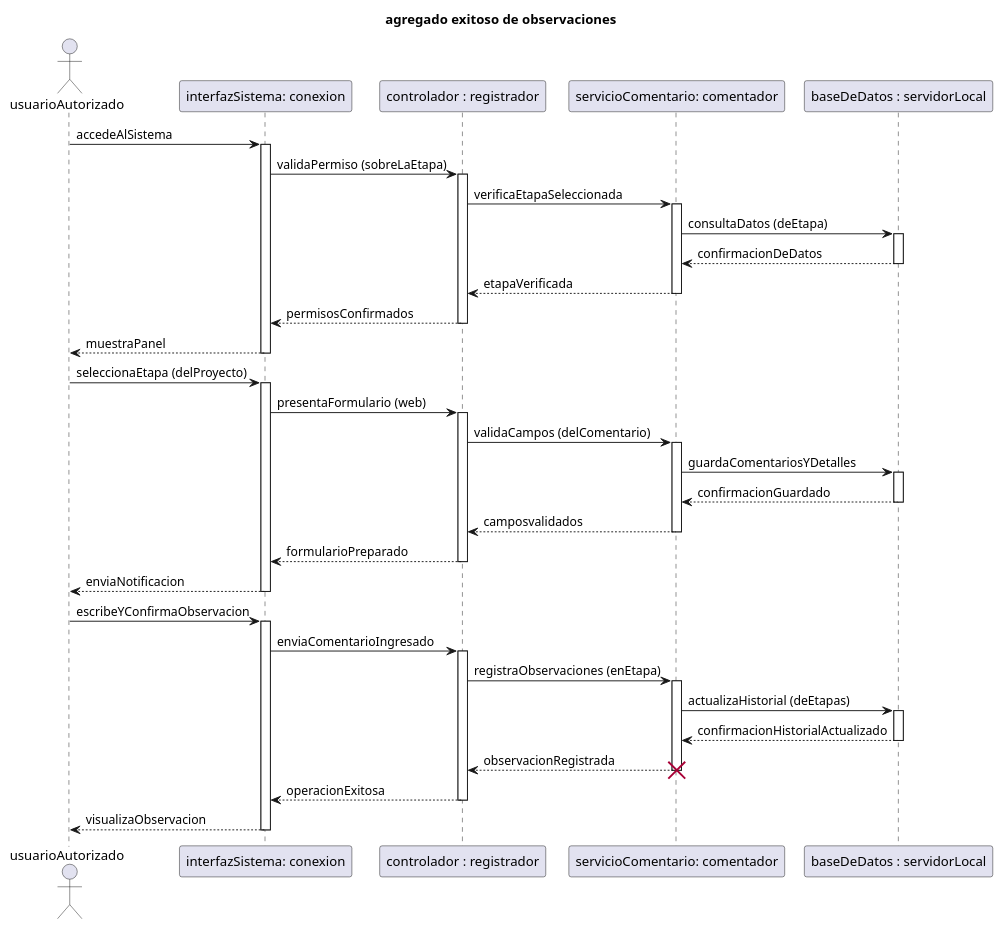
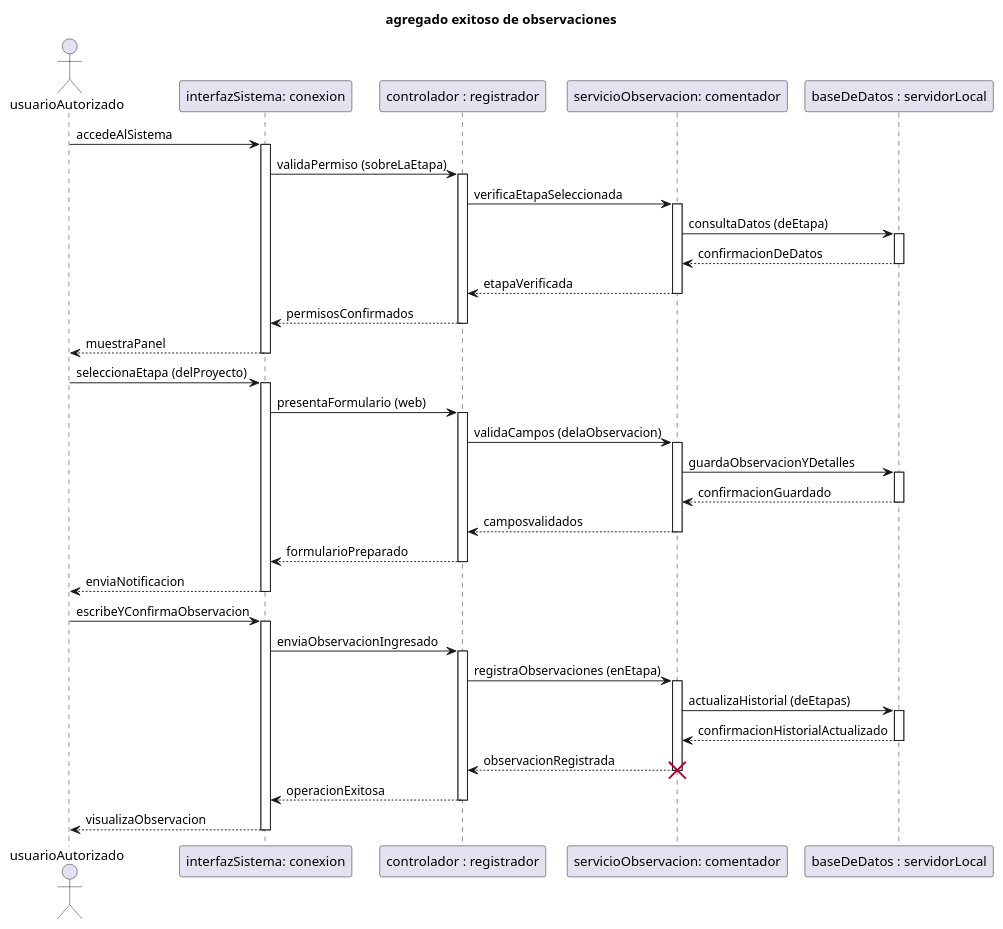
Before and after one commit to 9919-Mili/SistemaProductoraVideos: the diagram in diagramas/05-diagramas-secuencia/05-secuencia-agregar-observaciones-agregado-exitoso-de-observaciones-03.puml, drawn with PlantUML. The commit also changed 22 other files, not shown here.

```diff
--- a/diagramas/05-diagramas-secuencia/05-secuencia-agregar-observaciones-agregado-exitoso-de-observaciones-03.puml
+++ b/diagramas/05-diagramas-secuencia/05-secuencia-agregar-observaciones-agregado-exitoso-de-observaciones-03.puml
@@ -1,63 +1,63 @@
 @startuml 
 title agregado exitoso de observaciones 
 
 actor usuarioAutorizado
 participant "interfazSistema: conexion" as interfazSistema
 participant "controlador : registrador" as controlador
-participant "servicioComentario: comentador" as servicioComentario
+participant "servicioObservacion: comentador" as servicioObservacion
 participant "baseDeDatos : servidorLocal" as baseDeDatos
 
 usuarioAutorizado -> interfazSistema: accedeAlSistema
 activate interfazSistema
 interfazSistema -> controlador: validaPermiso (sobreLaEtapa)
 activate controlador
-controlador -> servicioComentario: verificaEtapaSeleccionada
-activate servicioComentario
-servicioComentario -> baseDeDatos: consultaDatos (deEtapa)
+controlador -> servicioObservacion: verificaEtapaSeleccionada
+activate servicioObservacion
+servicioObservacion -> baseDeDatos: consultaDatos (deEtapa)
 activate baseDeDatos
-baseDeDatos --> servicioComentario: confirmacionDeDatos
+baseDeDatos --> servicioObservacion: confirmacionDeDatos
 deactivate baseDeDatos
-servicioComentario --> controlador: etapaVerificada
-deactivate servicioComentario
+servicioObservacion --> controlador: etapaVerificada
+deactivate servicioObservacion
 controlador --> interfazSistema: permisosConfirmados
 deactivate controlador
 interfazSistema --> usuarioAutorizado: muestraPanel 
 deactivate interfazSistema
 
 usuarioAutorizado -> interfazSistema: seleccionaEtapa (delProyecto)
 activate interfazSistema
 interfazSistema -> controlador: presentaFormulario (web) 
 activate controlador
-controlador -> servicioComentario: validaCampos (delComentario) 
-activate servicioComentario
-servicioComentario -> baseDeDatos: guardaComentariosYDetalles 
+controlador -> servicioObservacion: validaCampos (delaObservacion) 
+activate servicioObservacion
+servicioObservacion -> baseDeDatos: guardaObservacionYDetalles 
 activate baseDeDatos
-baseDeDatos --> servicioComentario: confirmacionGuardado
+baseDeDatos --> servicioObservacion: confirmacionGuardado
 deactivate baseDeDatos
-servicioComentario --> controlador: camposvalidados 
-deactivate servicioComentario
+servicioObservacion --> controlador: camposvalidados 
+deactivate servicioObservacion
 controlador --> interfazSistema: formularioPreparado
 deactivate controlador
 interfazSistema --> usuarioAutorizado: enviaNotificacion 
 deactivate interfazSistema
 
 usuarioAutorizado-> interfazSistema: escribeYConfirmaObservacion 
 activate interfazSistema
-interfazSistema -> controlador: enviaComentarioIngresado
+interfazSistema -> controlador: enviaObservacionIngresado
 activate controlador
-controlador -> servicioComentario: registraObservaciones (enEtapa)
-activate servicioComentario
-servicioComentario -> baseDeDatos: actualizaHistorial (deEtapas) 
+controlador -> servicioObservacion: registraObservaciones (enEtapa)
+activate servicioObservacion
+servicioObservacion -> baseDeDatos: actualizaHistorial (deEtapas) 
 activate baseDeDatos
-baseDeDatos --> servicioComentario: confirmacionHistorialActualizado
+baseDeDatos --> servicioObservacion: confirmacionHistorialActualizado
 deactivate baseDeDatos 
-servicioComentario --> controlador: observacionRegistrada 
-deactivate servicioComentario
-destroy servicioComentario
+servicioObservacion --> controlador: observacionRegistrada 
+deactivate servicioObservacion
+destroy servicioObservacion
 controlador --> interfazSistema: operacionExitosa 
 deactivate controlador
 interfazSistema --> usuarioAutorizado: visualizaObservacion 
 deactivate interfazSistema
 
 
 @enduml
```
